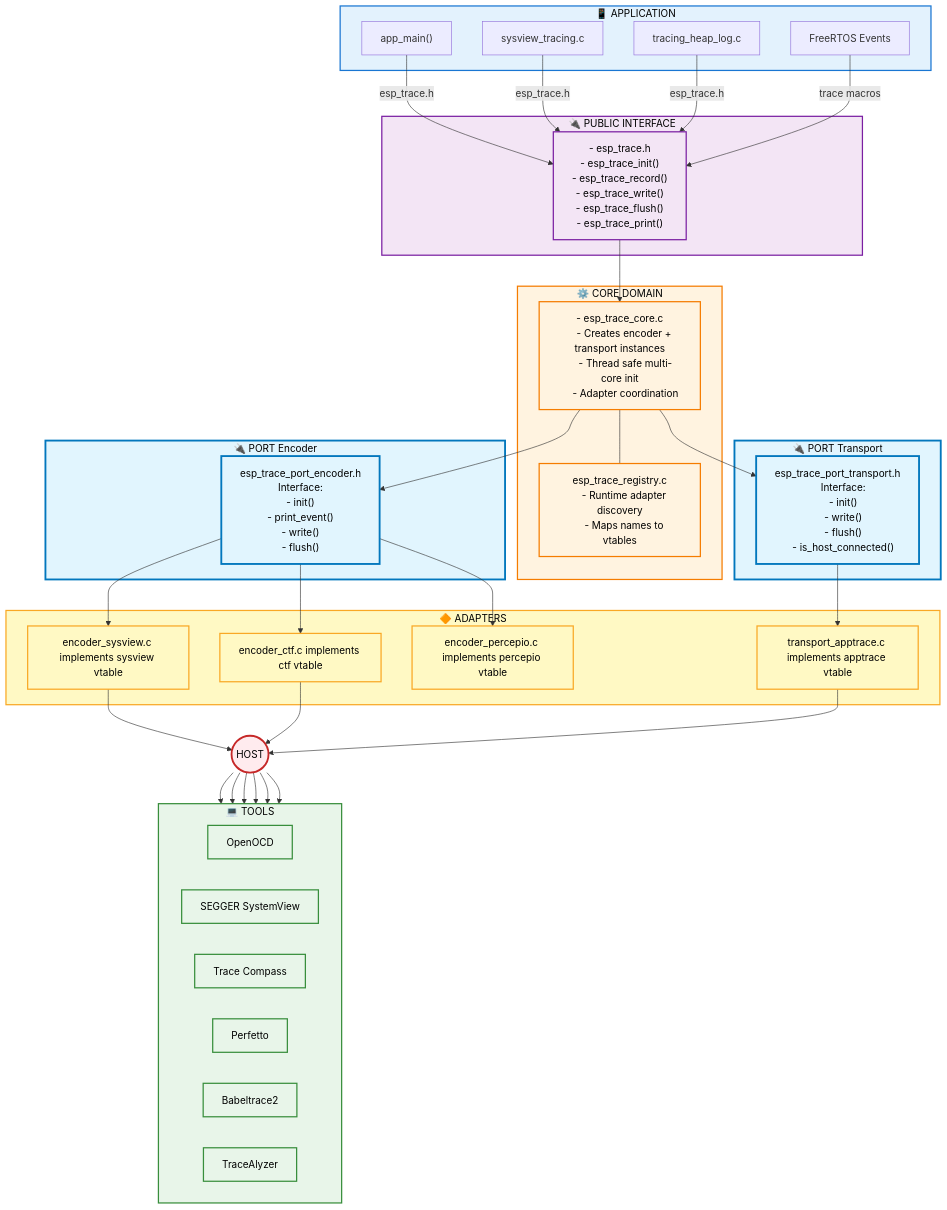
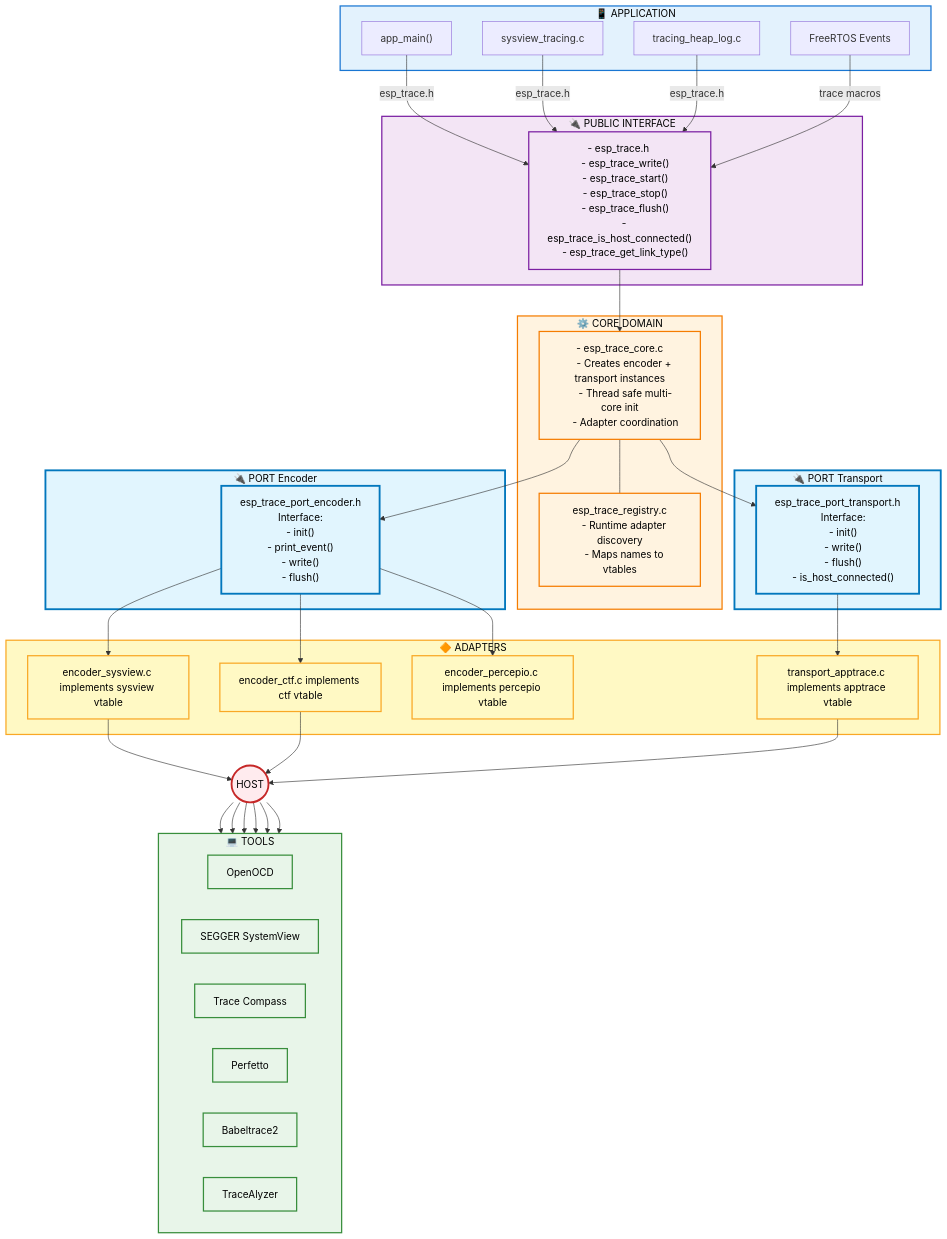
Before and after one commit to espressif/esp-idf: the diagram in components/esp_trace/README.md, drawn with Mermaid. The commit also changed other lines of this file and 3 other files, not shown here.

First line of the commit message:
feat(esp_trace): extend encoder interface

```diff
--- a/components/esp_trace/README.md
+++ b/components/esp_trace/README.md
@@ -33,11 +33,12 @@
 %% =======================
 subgraph PRIMARY["🔌 PUBLIC INTERFACE"]
     api["- esp_trace.h 
-    - esp_trace_init()
-    - esp_trace_record()
     - esp_trace_write()
+    - esp_trace_start()
+    - esp_trace_stop()
     - esp_trace_flush()
-    - esp_trace_print()"]
+    - esp_trace_is_host_connected()
+    - esp_trace_get_link_type()"]
 end
 
 %% wiring: App uses API (labels land on the short pre-edges to api_in)
```
